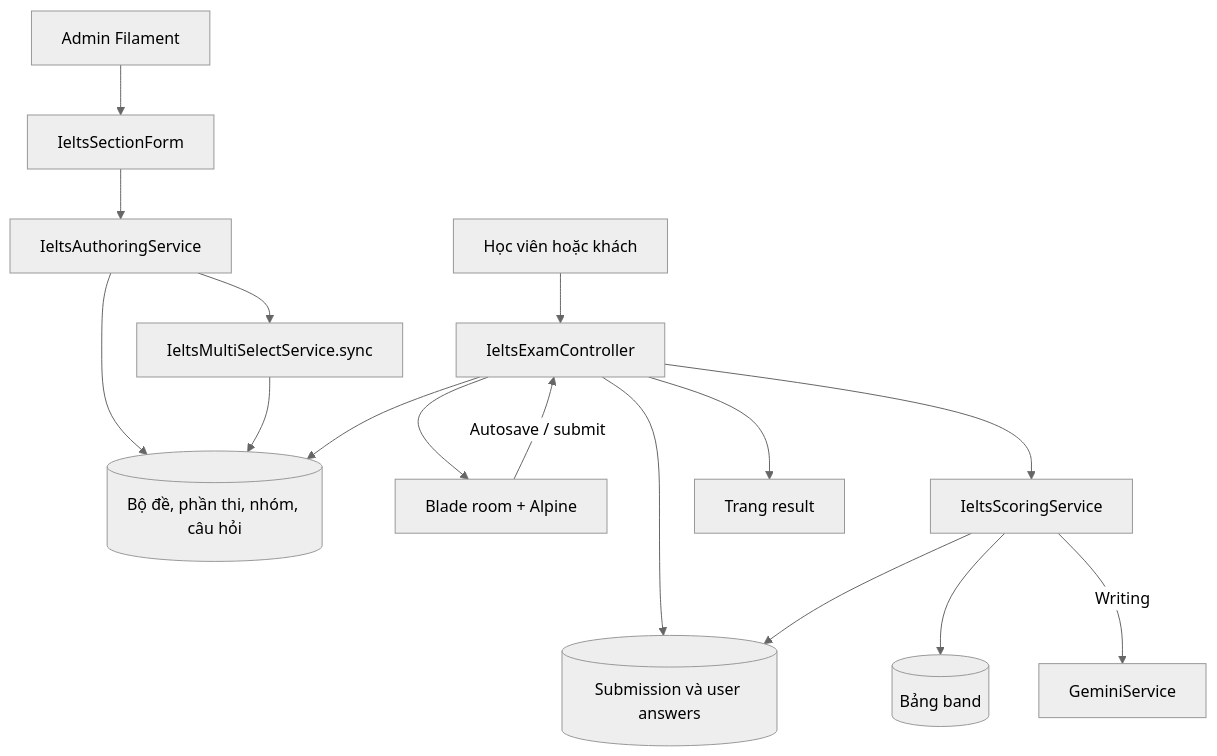
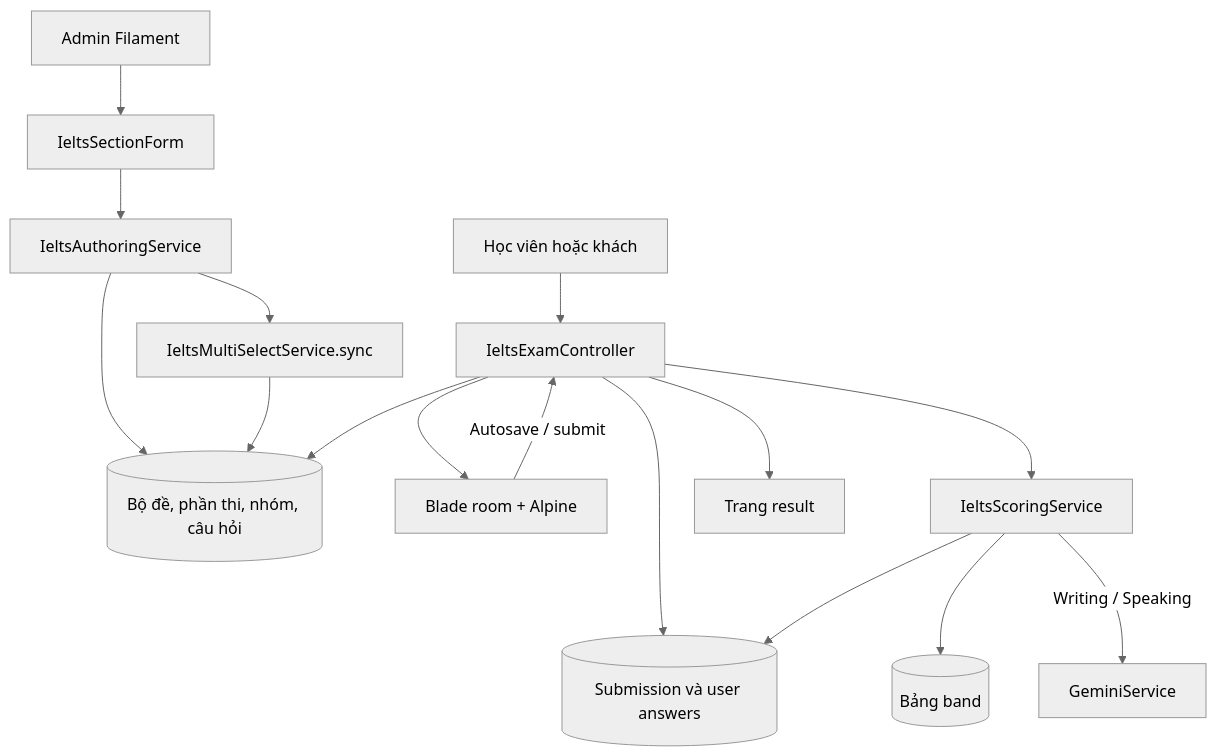
The first of 2 diagrams in docs/ielts-simulator/README.md (tram202423-oss/Vocafy), drawn with Mermaid (neutral theme) before and after one commit. The commit also changed other lines of this file and 48 other files, not shown here.

````diff
--- a/docs/ielts-simulator/README.md
+++ b/docs/ielts-simulator/README.md
@@ -50,18 +52,18 @@
 ```mermaid
 flowchart TD
     A[Admin Filament] --> B[IeltsSectionForm]
     B --> C[IeltsAuthoringService]
     C --> D[(Bộ đề, phần thi, nhóm, câu hỏi)]
     C --> M[IeltsMultiSelectService.sync]
     M --> D
     U[Học viên hoặc khách] --> E[IeltsExamController]
     E --> D
     E --> F[(Submission và user answers)]
     E --> G[Blade room + Alpine]
     G -->|Autosave / submit| E
     E --> H[IeltsScoringService]
     H --> I[(Bảng band)]
-    H -->|Writing| J[GeminiService]
+    H -->|Writing / Speaking| J[GeminiService]
     H --> F
     E --> K[Trang result]
 ```
````
